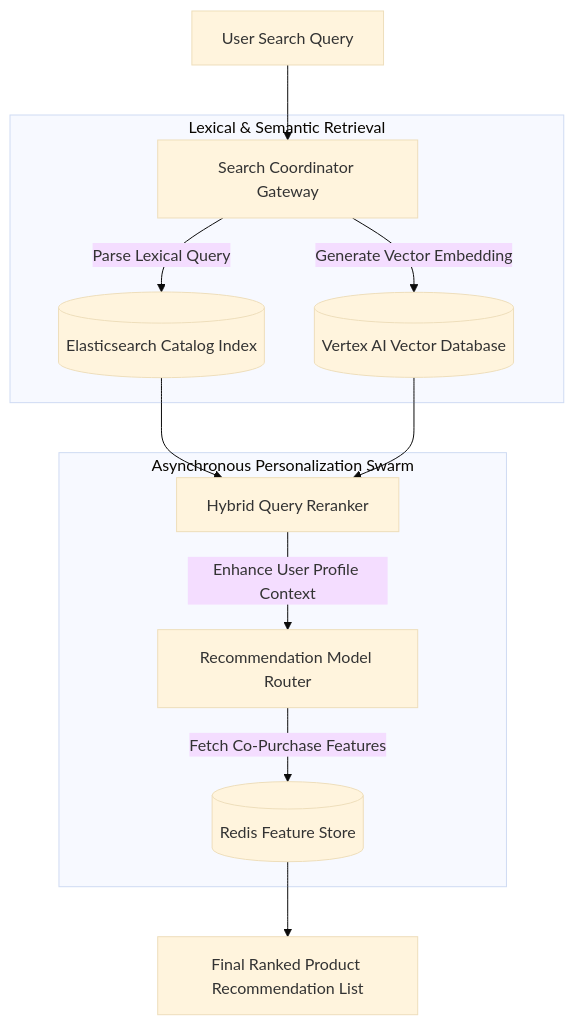
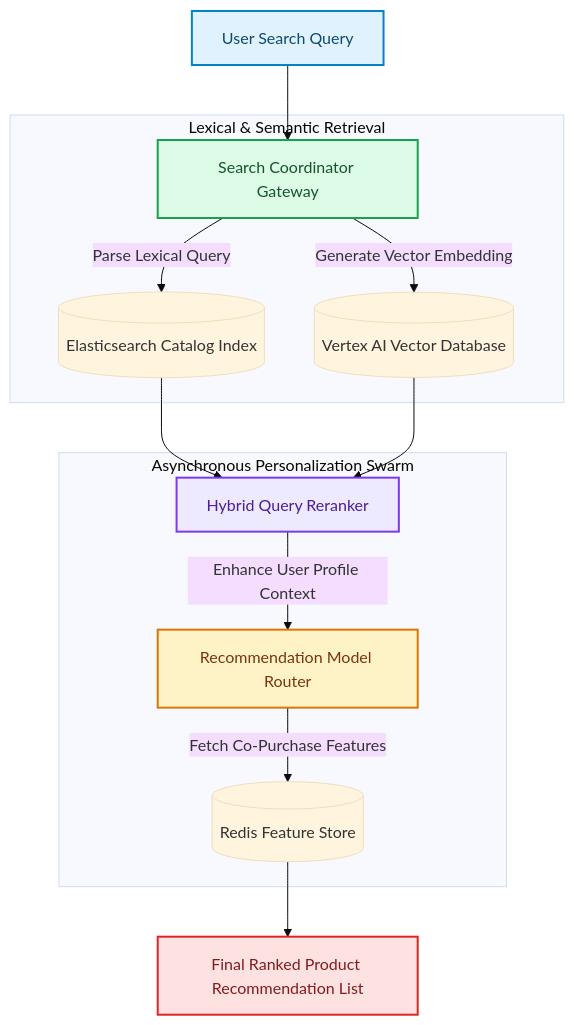
One commit to akmalkhaniub/akmalkhaniub.github.io changed the diagram in blog/posts/case-study-ecommerce-real-time-search-recommendation-swarms.md. Above: the diagram before and after it, drawn with Mermaid (base theme). The commit also changed other lines of this file and 1291 other files, not shown here.

First line of the commit message:
feat(catalog): unique covers, scholarly references, and diagram palettes

````diff
--- a/blog/posts/case-study-ecommerce-real-time-search-recommendation-swarms.md
+++ b/blog/posts/case-study-ecommerce-real-time-search-recommendation-swarms.md
@@ -38,19 +38,30 @@
 ```mermaid
 flowchart TD
-  A[User Search Query] --> B[Search Coordinator Gateway]
+  A["User Search Query"] --> B["Search Coordinator Gateway"]
   
   subgraph SG1_LexicalSemanticRetrieval ["Lexical & Semantic Retrieval"]
     B -->|Parse Lexical Query| C[(Elasticsearch Catalog Index)]
     B -->|Generate Vector Embedding| D[(Vertex AI Vector Database)]
   end
   
-  C --> E[Hybrid Query Reranker]
+  C --> E["Hybrid Query Reranker"]
   D --> E
   
   subgraph SG2_AsynchronousPersonalizationSwarm ["Asynchronous Personalization Swarm"]
-    E -->|Enhance User Profile Context| F[Recommendation Model Router]
+    E -->|Enhance User Profile Context| F["Recommendation Model Router"]
     F -->|Fetch Co-Purchase Features| G[(Redis Feature Store)]
   end
   
-  G --> H[Final Ranked Product Recommendation List]
+  G --> H["Final Ranked Product Recommendation List"]
+
+classDef green fill:#dcfce7,stroke:#16a34a,stroke-width:2px,color:#14532d;
+classDef red fill:#fee2e2,stroke:#dc2626,stroke-width:2px,color:#7f1d1d;
+classDef blue fill:#e0f2fe,stroke:#0284c7,stroke-width:2px,color:#0c4a6e;
+classDef yellow fill:#fef3c7,stroke:#d97706,stroke-width:2px,color:#78350f;
+classDef purple fill:#ede9fe,stroke:#7c3aed,stroke-width:2px,color:#4c1d95;
+class A blue
+class B green
+class E purple
+class F yellow
+class H red
 ```
````
